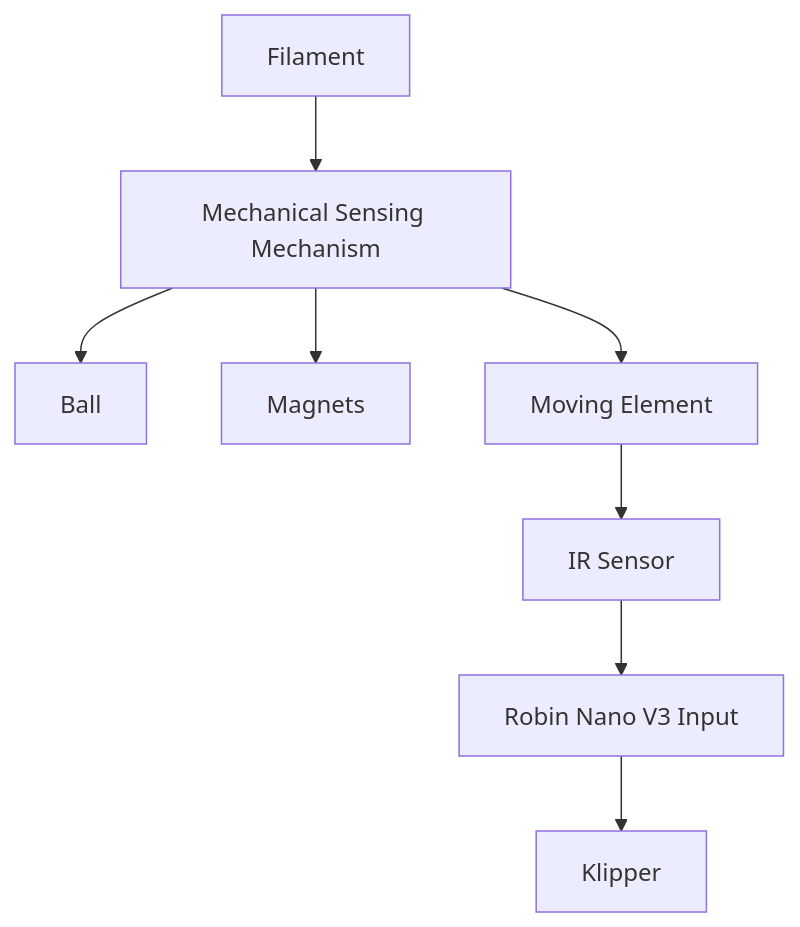
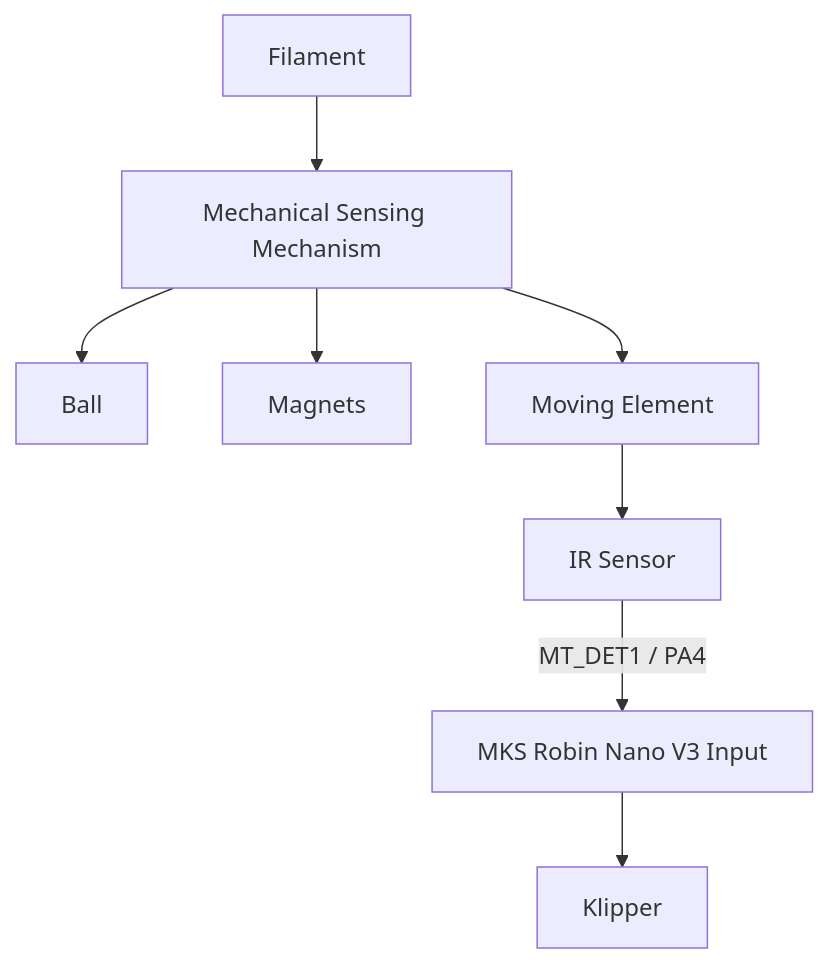
Before and after one commit to EdgarMata/MY-Machines-Docs: the second of 2 diagrams in docs/3d-printers/my-cloner/wiring/display-and-filament-sensor.md, drawn with Mermaid. The commit also changed other lines of this file and 68 other files, not shown here.

````diff
--- a/docs/3d-printers/my-cloner/wiring/display-and-filament-sensor.md
+++ b/docs/3d-printers/my-cloner/wiring/display-and-filament-sensor.md
@@ -163,21 +165,21 @@
 ```mermaid
 graph TD
     FILAMENT[Filament]
     MECH[Mechanical Sensing Mechanism]
     BALL[Ball]
     MAGNETS[Magnets]
     MOVING[Moving Element]
     SENSOR[IR Sensor]
-    INPUT[Robin Nano V3 Input]
+    INPUT[MKS Robin Nano V3 Input]
     KLIPPER[Klipper]
 
     FILAMENT --> MECH
 
     MECH --> BALL
     MECH --> MAGNETS
     MECH --> MOVING
 
     MOVING --> SENSOR
-    SENSOR --> INPUT
+    SENSOR -->|MT_DET1 / PA4| INPUT
     INPUT --> KLIPPER
 ```
````
